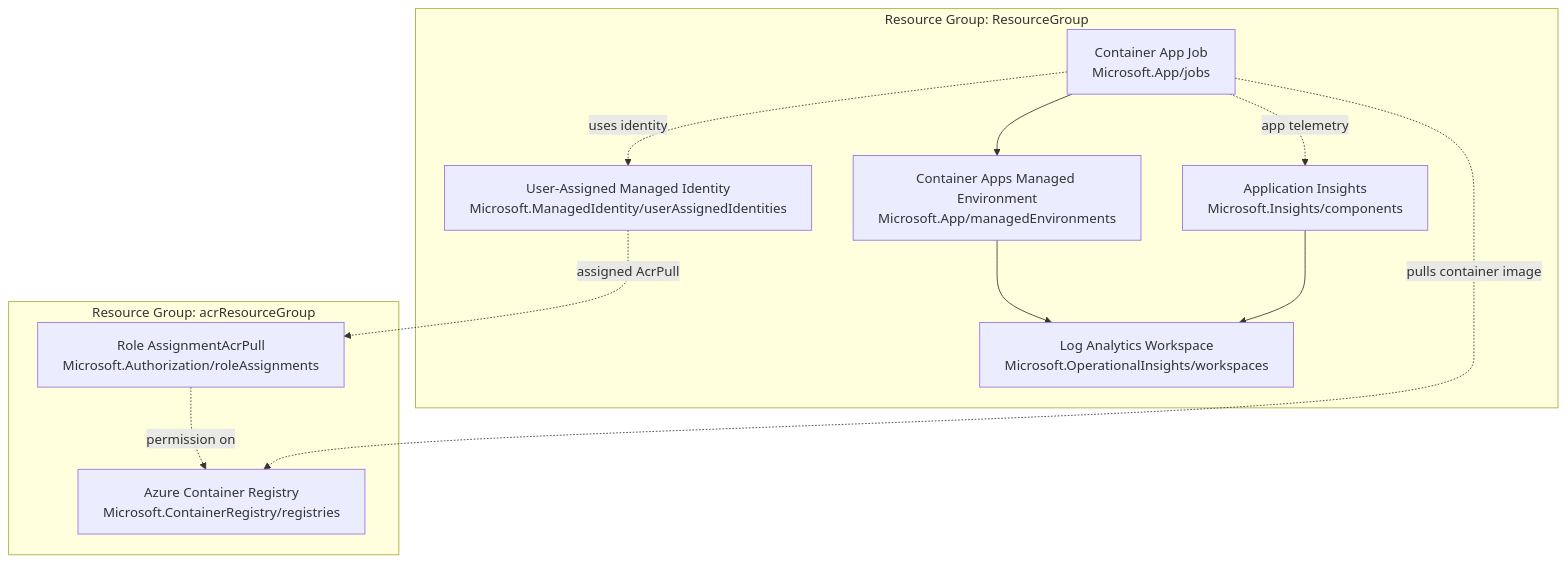
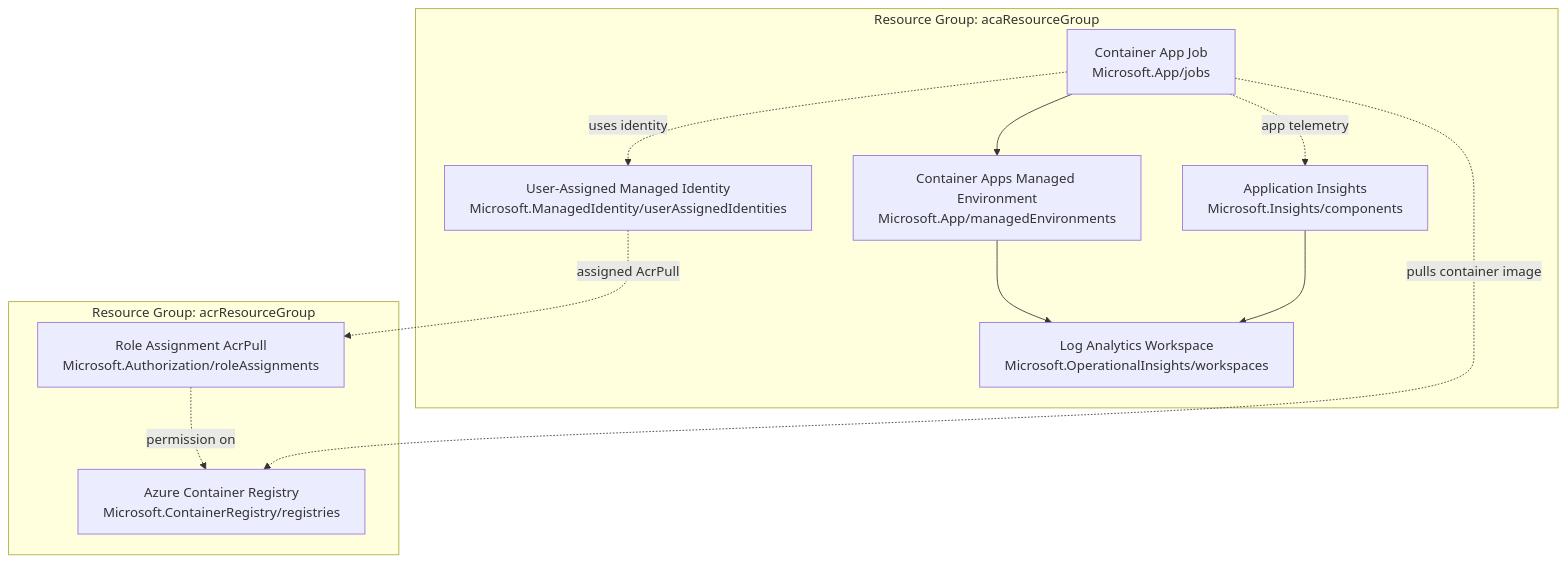
Before and after one commit to LIKE10/ContainerJobExample: the diagram in deploymentartifacts.md, drawn with Mermaid. The commit also changed 4 other files, not shown here.

````diff
--- a/deploymentartifacts.md
+++ b/deploymentartifacts.md
@@ -18,24 +18,24 @@
 ```mermaid
 flowchart TB
 	subgraph RG1[Resource Group: acrResourceGroup]
 		ACR[Azure Container Registry\nMicrosoft.ContainerRegistry/registries]
-		RBAC[Role AssignmentAcrPull\nMicrosoft.Authorization/roleAssignments]
+		RBAC[Role Assignment AcrPull\nMicrosoft.Authorization/roleAssignments]
 	end
 
-	subgraph RG2[Resource Group: ResourceGroup]
+	subgraph RG2[Resource Group: acaResourceGroup]
 		MI[User-Assigned Managed Identity\nMicrosoft.ManagedIdentity/userAssignedIdentities]
 		LAW[Log Analytics Workspace\nMicrosoft.OperationalInsights/workspaces]
 		AI[Application Insights\nMicrosoft.Insights/components]
 		ENV[Container Apps Managed Environment\nMicrosoft.App/managedEnvironments]
 		JOB[Container App Job\nMicrosoft.App/jobs]
 	end
 
 	MI -. assigned AcrPull .-> RBAC
 	RBAC -. permission on .-> ACR
 	JOB -. pulls container image .-> ACR
 	JOB --> ENV
 	ENV --> LAW
 	AI --> LAW
 	JOB -. app telemetry .-> AI
 	JOB -. uses identity .-> MI
 ```
````
